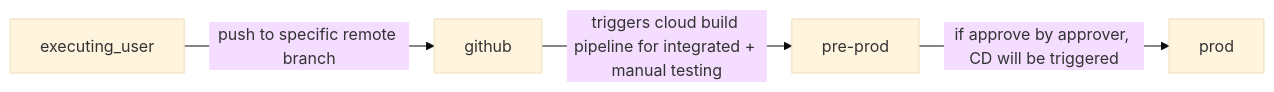
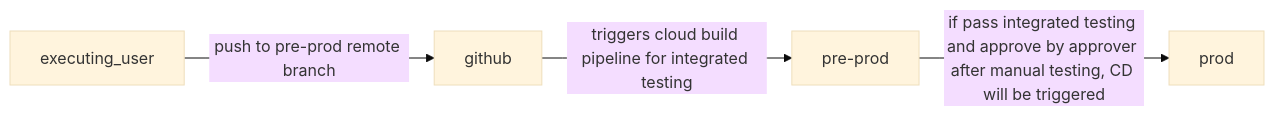
The second of 2 diagrams in README.md (limwei-ps/cortex-test), drawn with Mermaid (base theme) before and after one commit. The commit also changed other lines of this file and 1 other file, not shown here.

````diff
--- a/README.md
+++ b/README.md
@@ -1149,4 +1146,4 @@
 ```mermaid
 graph LR
-executing_user --> |push to specific remote branch|github --> |triggers cloud build pipeline for integrated + manual testing|pre-prod --> |if approve by approver, CD will be triggered| prod
+executing_user --> |push to pre-prod remote branch|github --> |triggers cloud build pipeline for integrated testing|pre-prod --> |if pass integrated testing and approve by approver after manual testing, CD will be triggered| prod
 ```
````
